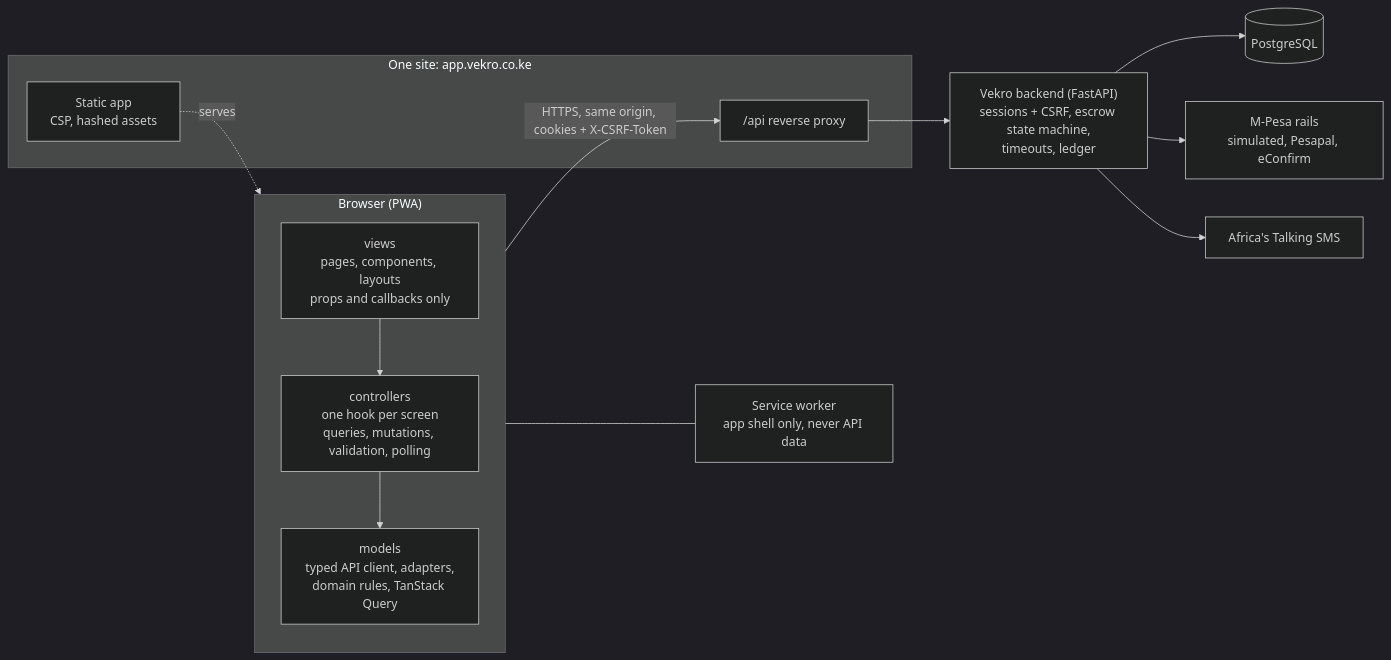
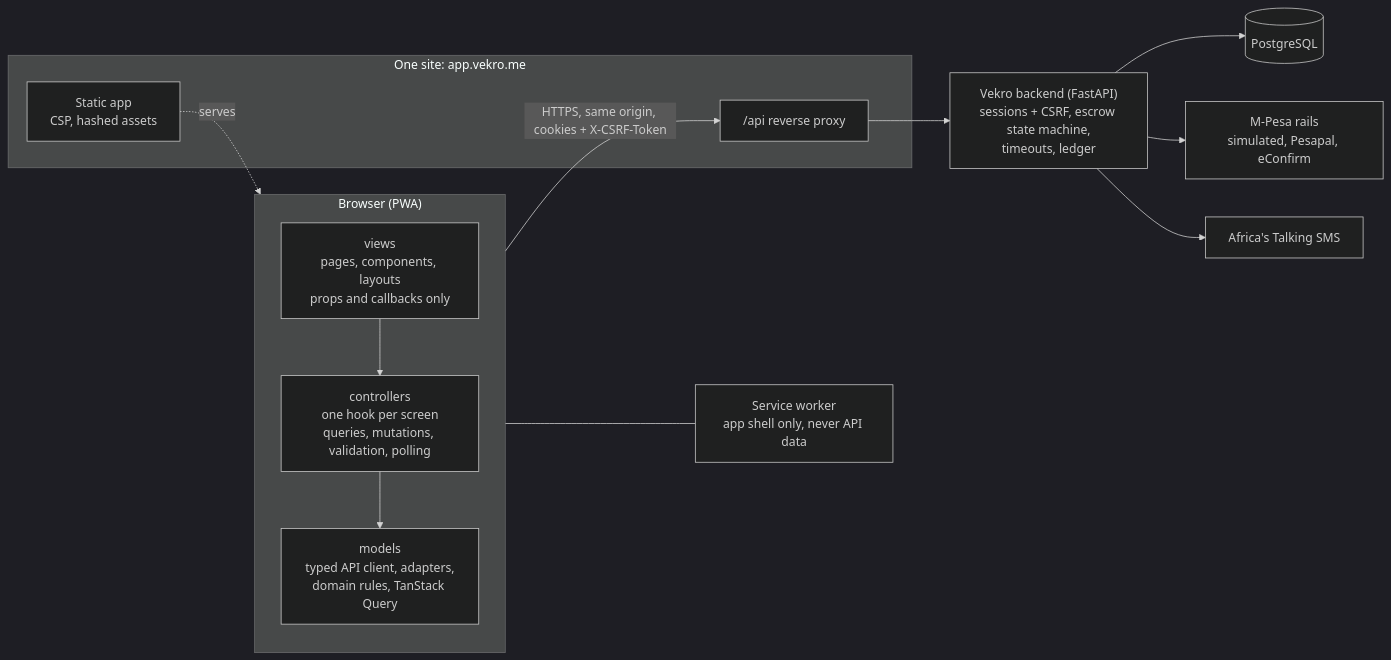
The diagram in README.md (CKmellow/Vekro), drawn with Mermaid (dark theme) before and after one commit. The commit also changed 6 other files, not shown here.

````diff
--- a/README.md
+++ b/README.md
@@ -28,26 +28,26 @@
 ```mermaid
 flowchart LR
   subgraph Browser["Browser (PWA)"]
     direction TB
     V["views<br/>pages, components, layouts<br/>props and callbacks only"]
     C["controllers<br/>one hook per screen<br/>queries, mutations, validation, polling"]
     M["models<br/>typed API client, adapters,<br/>domain rules, TanStack Query"]
     V --> C --> M
   end
   SW["Service worker<br/>app shell only, never API data"]
-  subgraph Site["One site: app.vekro.co.ke"]
+  subgraph Site["One site: app.vekro.me"]
     S["Static app<br/>CSP, hashed assets"]
     P["/api reverse proxy"]
   end
   API["Vekro backend (FastAPI)<br/>sessions + CSRF, escrow state machine,<br/>timeouts, ledger"]
   DB[("PostgreSQL")]
   MP["M-Pesa rails<br/>simulated, Pesapal, eConfirm"]
   SMS["Africa's Talking SMS"]
   Browser -- "HTTPS, same origin, cookies + X-CSRF-Token" --> P
   Browser --- SW
   S -.serves.-> Browser
   P --> API
   API --> DB
   API --> MP
   API --> SMS
 ```
````
